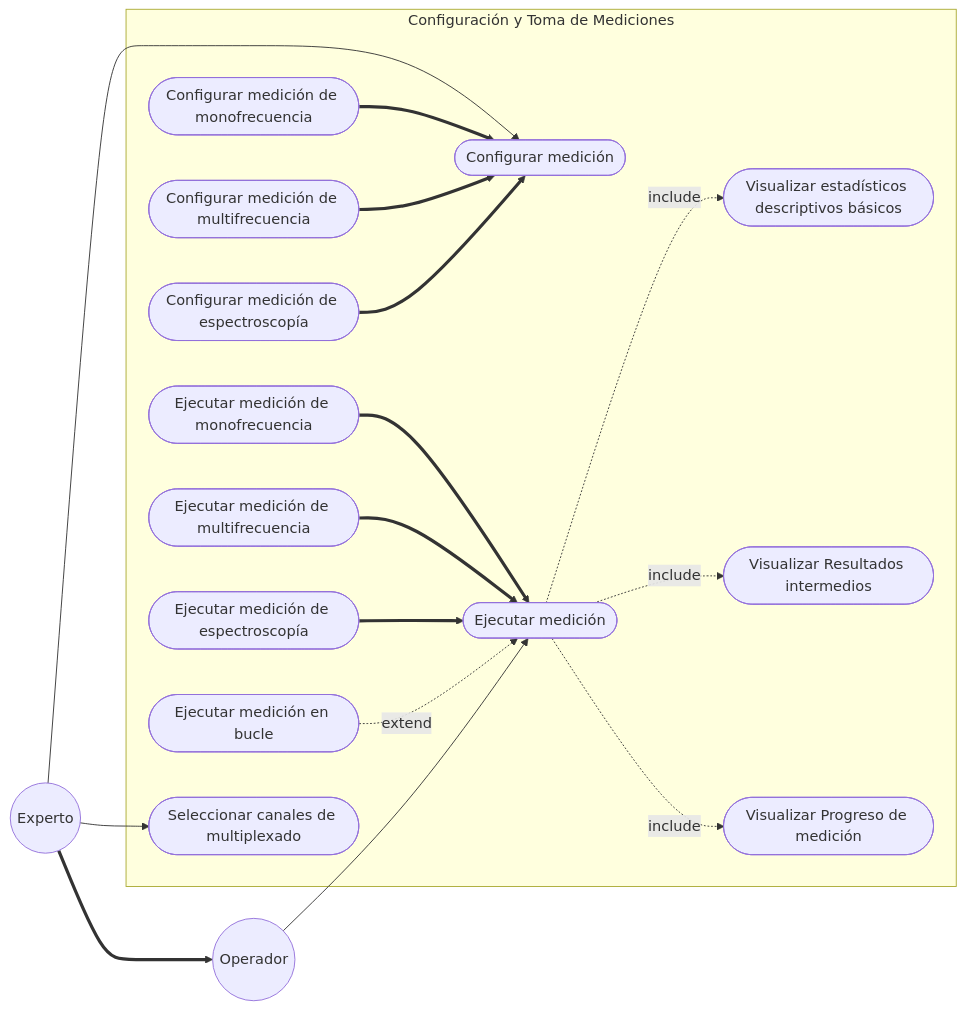
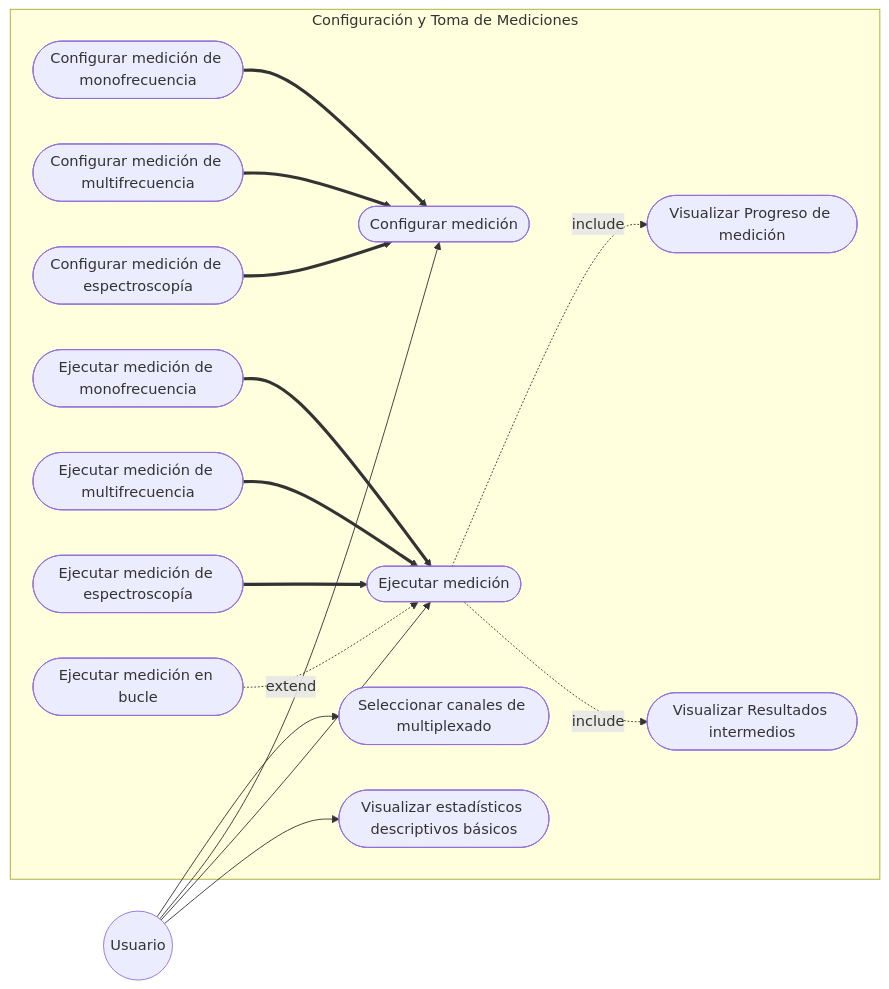
Before and after one commit to alegrelias/Repo-GMini: the ninth of 22 diagrams in Gmini-MarkDown/Guanaco Mini.md, drawn with Mermaid. The commit also changed other lines of this file, not shown here.

Commit message:
Se agregan diagramas de CU actualizados al documento

````diff
--- a/Gmini-MarkDown/Guanaco Mini.md
+++ b/Gmini-MarkDown/Guanaco Mini.md
@@ -644,47 +636,42 @@
 ```mermaid
 flowchart LR
 %% Actores
-Operador((Operador))
-Experto((Experto))
+Usuario((Usuario))
 
 subgraph Configuración y Toma de Mediciones
 	CU1([Seleccionar canales de multiplexado])
 	CU2([Configurar medición])
 	CU3([Configurar medición de monofrecuencia])
 	CU4([Configurar medición de multifrecuencia])
 	CU5([Configurar medición de espectroscopía])
 	CU6([Ejecutar medición])
 	CU7([Ejecutar medición de monofrecuencia])
 	CU8([Ejecutar medición de multifrecuencia])
 	CU9([Ejecutar medición de espectroscopía])
 	CU10([Visualizar Progreso de medición])
 	CU11([Visualizar Resultados intermedios])
 	CU12([Visualizar estadísticos descriptivos básicos])
 	CU13([Ejecutar medición en bucle])
 	
 end
 
-%% Jerarquía
-Experto ==> Operador
-
 %% Generalización
 CU3 ==> CU2
 CU4 ==> CU2
 CU5 ==> CU2
 CU7 ==> CU6
 CU8 ==> CU6
 CU9 ==> CU6
 
 
 %% Asociaciones
-Experto --> CU1
-Experto --> CU2
-Operador --> CU6
+Usuario --> CU1
+Usuario --> CU2
+Usuario --> CU6
+Usuario --> CU12
 
 %% Relaciones Include/Extend
 CU6 -.include.-> CU10
 CU6 -.include.-> CU11
-CU6 -.include.-> CU12
-
 CU13 -.extend.-> CU6
 ```
````
